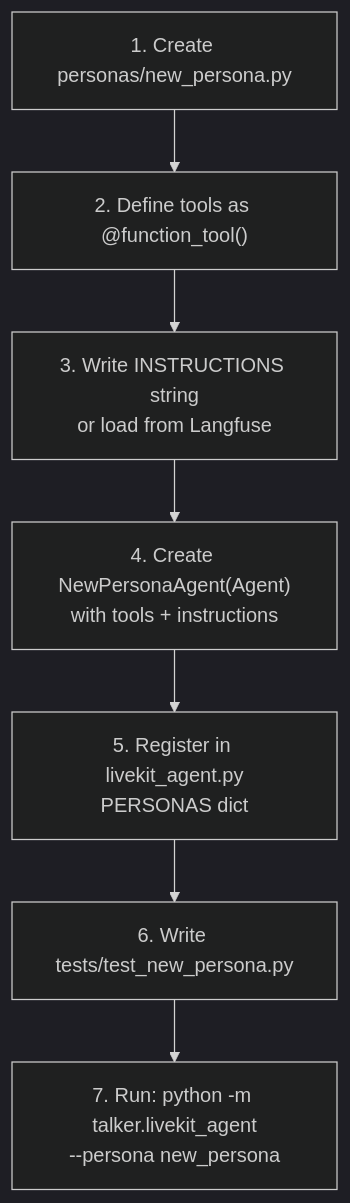
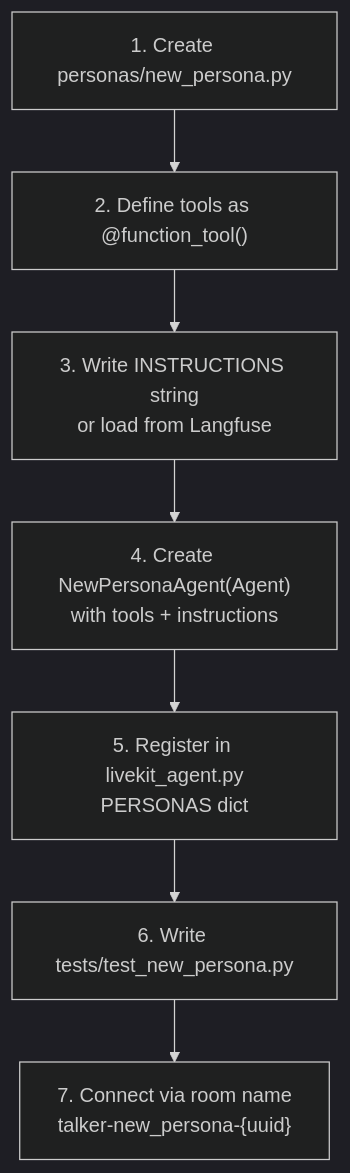
Before and after one commit to bodharma/talker: diagram 18 of 23 in docs/livekit-architecture.md, drawn with Mermaid (dark theme). The commit also changed other lines of this file and 3 other files, not shown here.

First line of the commit message:
docs: rewrite architecture and LiveKit docs for code review

````diff
--- a/docs/livekit-architecture.md
+++ b/docs/livekit-architecture.md
@@ -544,9 +554,9 @@
 ```mermaid
 flowchart TD
     A["1. Create personas/new_persona.py"] --> B["2. Define tools as @function_tool()"]
     B --> C["3. Write INSTRUCTIONS string<br/>or load from Langfuse"]
     C --> D["4. Create NewPersonaAgent(Agent)<br/>with tools + instructions"]
     D --> E["5. Register in livekit_agent.py<br/>PERSONAS dict"]
     E --> F["6. Write tests/test_new_persona.py"]
-    F --> G["7. Run: python -m talker.livekit_agent<br/>--persona new_persona"]
+    F --> G["7. Connect via room name<br/>talker-new_persona-{uuid}"]
 ```
````
